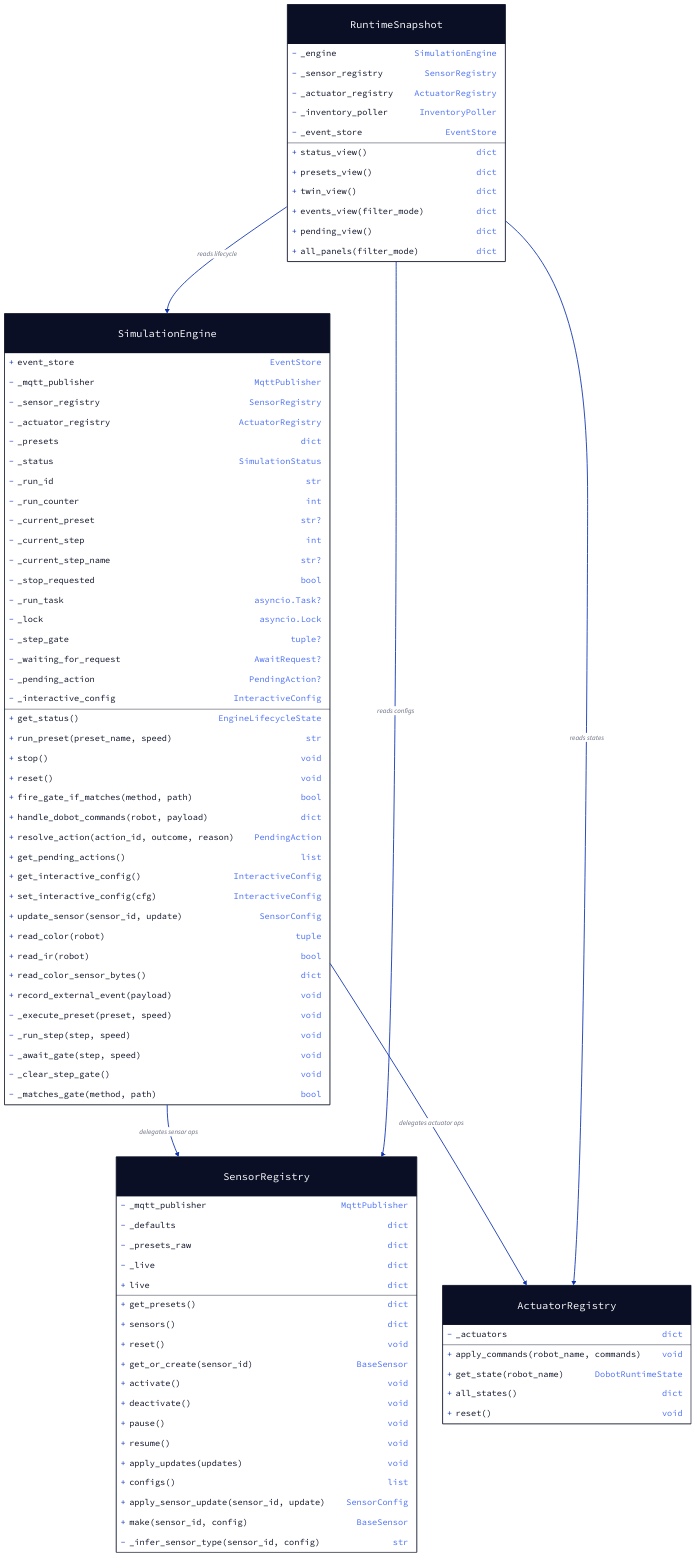
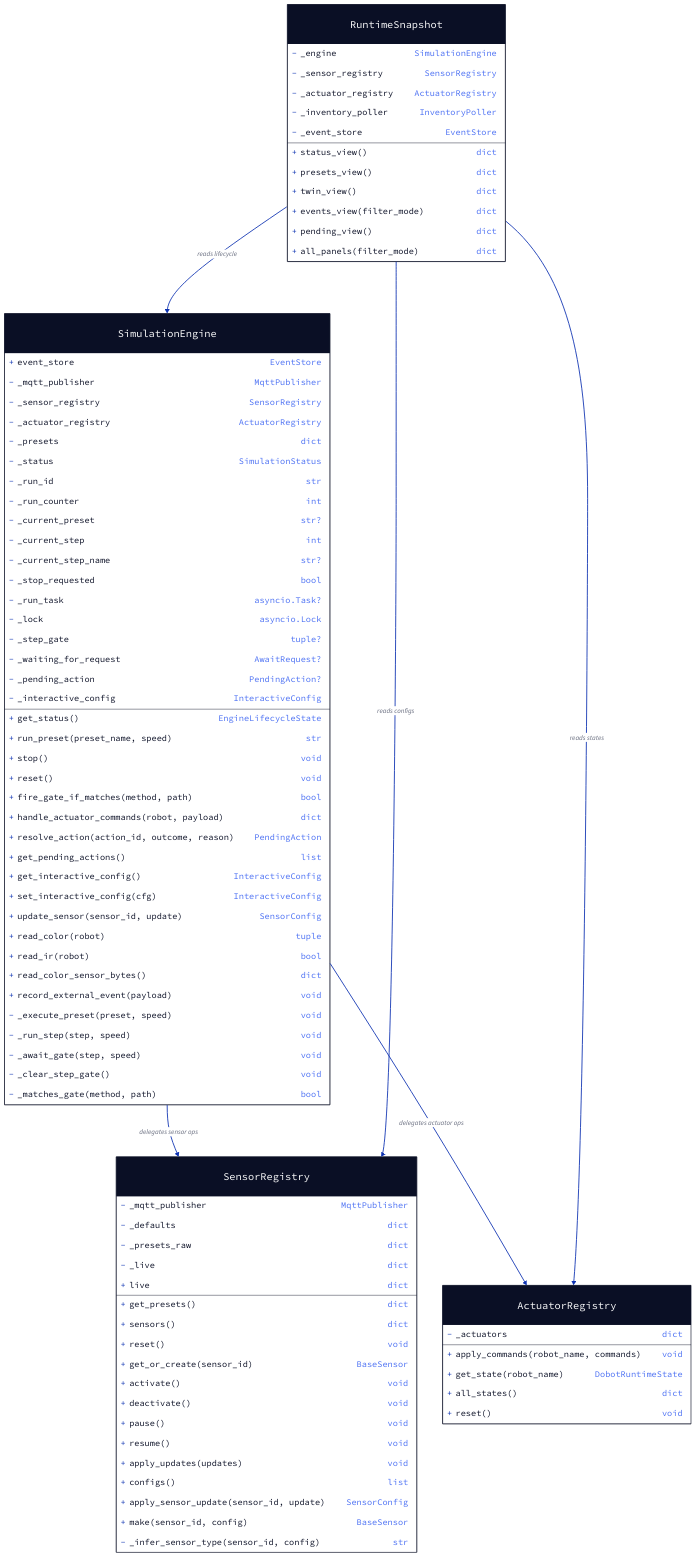
Before and after one commit to ielpo/edpo-project-group1: the diagram in services/simulated-factory/simulated_factory/diagrams/03-engine-class.d2, drawn with D2. The commit also changed 6 other files, not shown here.

```diff
--- a/services/simulated-factory/simulated_factory/diagrams/03-engine-class.d2
+++ b/services/simulated-factory/simulated_factory/diagrams/03-engine-class.d2
@@ -1,106 +1,106 @@
 # Engine + registries class diagram.
 # Render: d2 03-engine-class.d2 engine-class.svg
 
 SimulationEngine: {
   shape: class
 
   +event_store: EventStore
   -_mqtt_publisher: MqttPublisher
   -_sensor_registry: SensorRegistry
   -_actuator_registry: ActuatorRegistry
   -_presets: dict
   -_status: SimulationStatus
   -_run_id: str
   -_run_counter: int
   -_current_preset: str?
   -_current_step: int
   -_current_step_name: str?
   -_stop_requested: bool
   -_run_task: asyncio.Task?
   -_lock: asyncio.Lock
   -_step_gate: tuple?
   -_waiting_for_request: AwaitRequest?
   -_pending_action: PendingAction?
   -_interactive_config: InteractiveConfig
 
   +get_status(): EngineLifecycleState
   +run_preset(preset_name, speed): str
   +stop()
   +reset()
   +fire_gate_if_matches(method, path): bool
-  +handle_dobot_commands(robot, payload): dict
+  +handle_actuator_commands(robot, payload): dict
   +resolve_action(action_id, outcome, reason): PendingAction
   +get_pending_actions(): list
   +get_interactive_config(): InteractiveConfig
   +set_interactive_config(cfg): InteractiveConfig
   +update_sensor(sensor_id, update): SensorConfig
   +read_color(robot): tuple
   +read_ir(robot): bool
   +read_color_sensor_bytes(): dict
   +record_external_event(payload)
   -_execute_preset(preset, speed)
   -_run_step(step, speed)
   -_await_gate(step, speed)
   -_clear_step_gate()
   -_matches_gate(method, path): bool
   -_record_event(event_type, **kwargs)
 }
 
 SensorRegistry: {
   shape: class
 
   -_mqtt_publisher: MqttPublisher
   -_defaults: dict
   -_presets_raw: dict
   -_live: dict
 
   +get_presets(): dict
   +sensors(): dict
   +reset()
   +get_or_create(sensor_id): BaseSensor
   +activate()
   +deactivate()
   +pause()
   +resume()
   +apply_updates(updates)
   +configs(): list
   +apply_sensor_update(sensor_id, update): SensorConfig
   +make(sensor_id, config): BaseSensor
   -_infer_sensor_type(sensor_id, config): str
   +live: dict
 }
 
 ActuatorRegistry: {
   shape: class
 
   -_actuators: dict
 
   +apply_commands(robot_name, commands)
   +get_state(robot_name): DobotRuntimeState
   +all_states(): dict
   +reset()
 }
 
 RuntimeSnapshot: {
   shape: class
 
   -_engine: SimulationEngine
   -_sensor_registry: SensorRegistry
   -_actuator_registry: ActuatorRegistry
   -_inventory_poller: InventoryPoller
   -_event_store: EventStore
 
   +status_view(): dict
   +presets_view(): dict
   +twin_view(): dict
   +events_view(filter_mode): dict
   +pending_view(): dict
   +all_panels(filter_mode): dict
 }
 
 # Composition
 SimulationEngine -> SensorRegistry:   "delegates sensor ops"
 SimulationEngine -> ActuatorRegistry: "delegates actuator ops"
 RuntimeSnapshot  -> SimulationEngine: "reads lifecycle"
 RuntimeSnapshot  -> SensorRegistry:   "reads configs"
 RuntimeSnapshot  -> ActuatorRegistry: "reads states"
```
